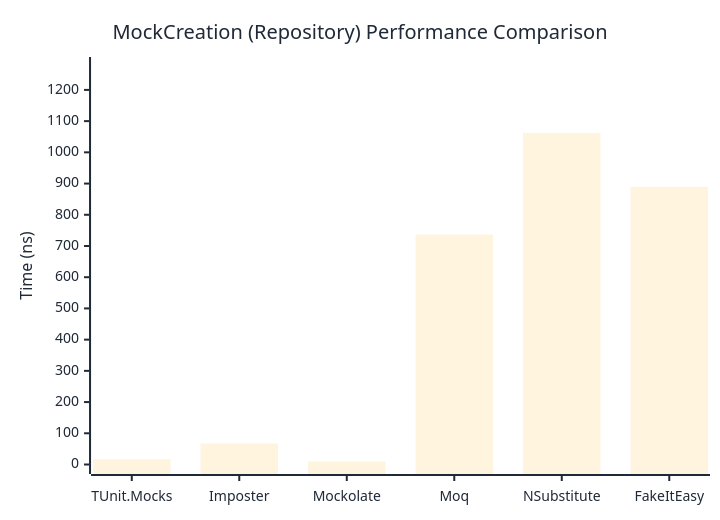
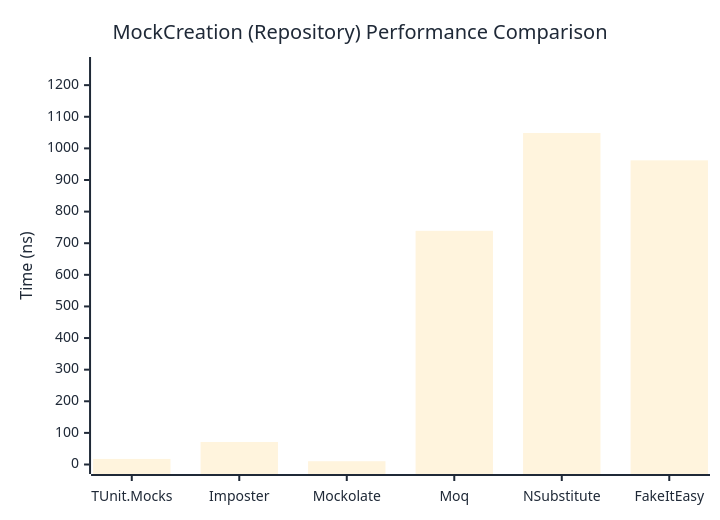
The second of 2 diagrams in docs/docs/benchmarks/mocks/MockCreation.md (thomhurst/TUnit), drawn with Mermaid before and after one commit. The commit also changed other lines of this file and 14 other files, not shown here.

````diff
--- a/docs/docs/benchmarks/mocks/MockCreation.md
+++ b/docs/docs/benchmarks/mocks/MockCreation.md
@@ -71,27 +71,27 @@
 ```mermaid
 %%{init: {
   'theme':'base',
   'themeVariables': {
     'primaryColor': '#2563eb',
     'primaryTextColor': '#1f2937',
     'primaryBorderColor': '#1e40af',
     'lineColor': '#6b7280',
     'secondaryColor': '#7c3aed',
     'tertiaryColor': '#dc2626',
     'background': '#ffffff',
     'pie1': '#2563eb',
     'pie2': '#7c3aed',
     'pie3': '#dc2626',
     'pie4': '#f59e0b',
     'pie5': '#10b981',
     'pie6': '#06b6d4',
     'pie7': '#ec4899',
     'pie8': '#6366f1'
   }
 }}%%
 xychart-beta
   title "MockCreation (Repository) Performance Comparison"
   x-axis ["TUnit.Mocks", "Imposter", "Mockolate", "Moq", "NSubstitute", "FakeItEasy"]
-  y-axis "Time (ns)" 0 --> 1275
-  bar [16.803, 67.512, 9.571, 736.449, 1062.061, 889.6]
+  y-axis "Time (ns)" 0 --> 1259
+  bar [17.608, 71.193, 10.375, 739.232, 1048.627, 962.145]
 ```
````
